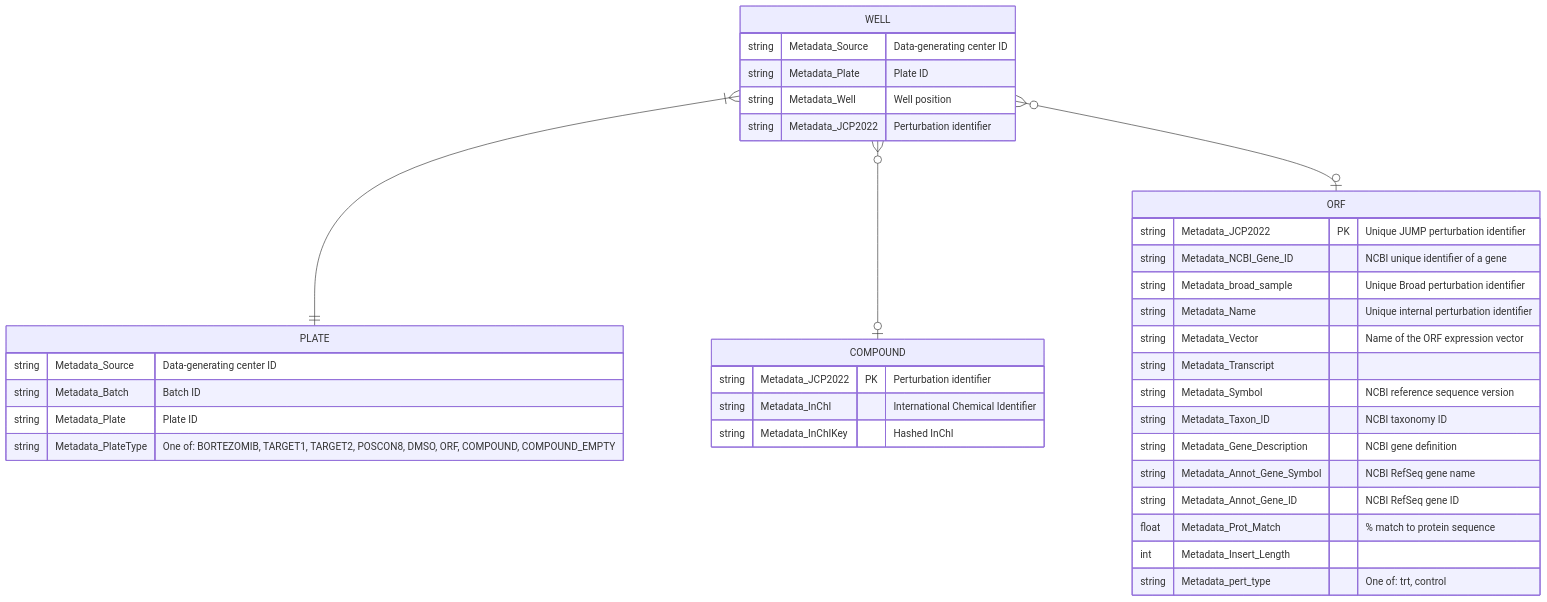
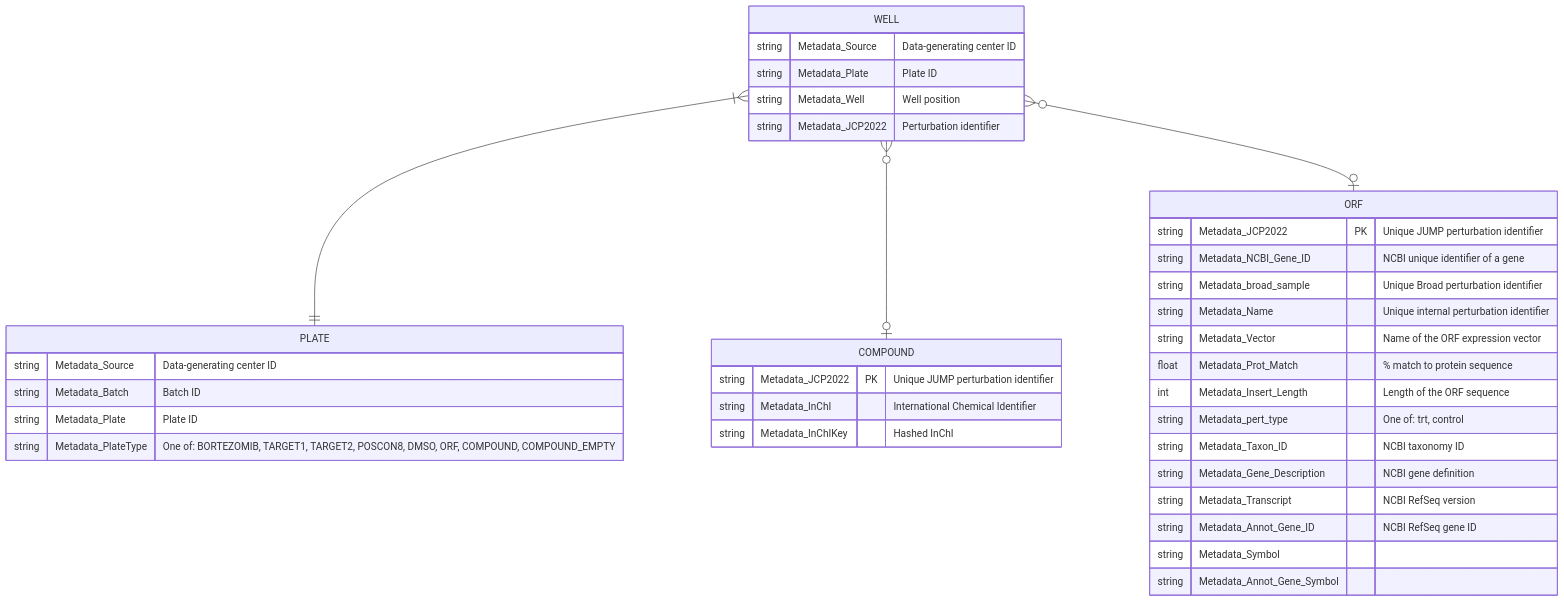
Before and after one commit to jump-cellpainting/datasets: the diagram in metadata/README.md, drawn with Mermaid.

````diff
--- a/metadata/README.md
+++ b/metadata/README.md
@@ -6,39 +6,39 @@
 ```mermaid
 erDiagram
     WELL }|--|| PLATE : ""
     WELL {
         string Metadata_Source "Data-generating center ID"
         string Metadata_Plate "Plate ID"
         string Metadata_Well "Well position"
         string Metadata_JCP2022 "Perturbation identifier"
     }
     PLATE {
         string Metadata_Source "Data-generating center ID"
         string Metadata_Batch "Batch ID"
         string Metadata_Plate "Plate ID"
         string Metadata_PlateType "One of: BORTEZOMIB, TARGET1, TARGET2, POSCON8, DMSO, ORF, COMPOUND, COMPOUND_EMPTY"
     }
     WELL }o--o| COMPOUND : ""
     COMPOUND {
-        string Metadata_JCP2022 PK "Perturbation identifier"
+        string Metadata_JCP2022 PK "Unique JUMP perturbation identifier"
         string Metadata_InChI "International Chemical Identifier"
         string Metadata_InChIKey "Hashed InChI"
     }
     WELL }o--o| ORF : ""
     ORF {
         string Metadata_JCP2022 PK "Unique JUMP perturbation identifier"
         string Metadata_NCBI_Gene_ID "NCBI unique identifier of a gene"
         string Metadata_broad_sample "Unique Broad perturbation identifier"
         string Metadata_Name "Unique internal perturbation identifier"
         string Metadata_Vector "Name of the ORF expression vector"
-        string Metadata_Transcript ""
-        string Metadata_Symbol "NCBI reference sequence version"
+        float Metadata_Prot_Match "% match to protein sequence"
+        int Metadata_Insert_Length "Length of the ORF sequence"
+        string Metadata_pert_type "One of: trt, control"
         string Metadata_Taxon_ID "NCBI taxonomy ID"
         string Metadata_Gene_Description "NCBI gene definition"
-        string Metadata_Annot_Gene_Symbol "NCBI RefSeq gene name"
+        string Metadata_Transcript "NCBI RefSeq version"
         string Metadata_Annot_Gene_ID "NCBI RefSeq gene ID"
-        float Metadata_Prot_Match "% match to protein sequence"
-        int Metadata_Insert_Length ""
-        string Metadata_pert_type "One of: trt, control"
+        string Metadata_Symbol ""
+        string Metadata_Annot_Gene_Symbol ""
     }
 ```
````
